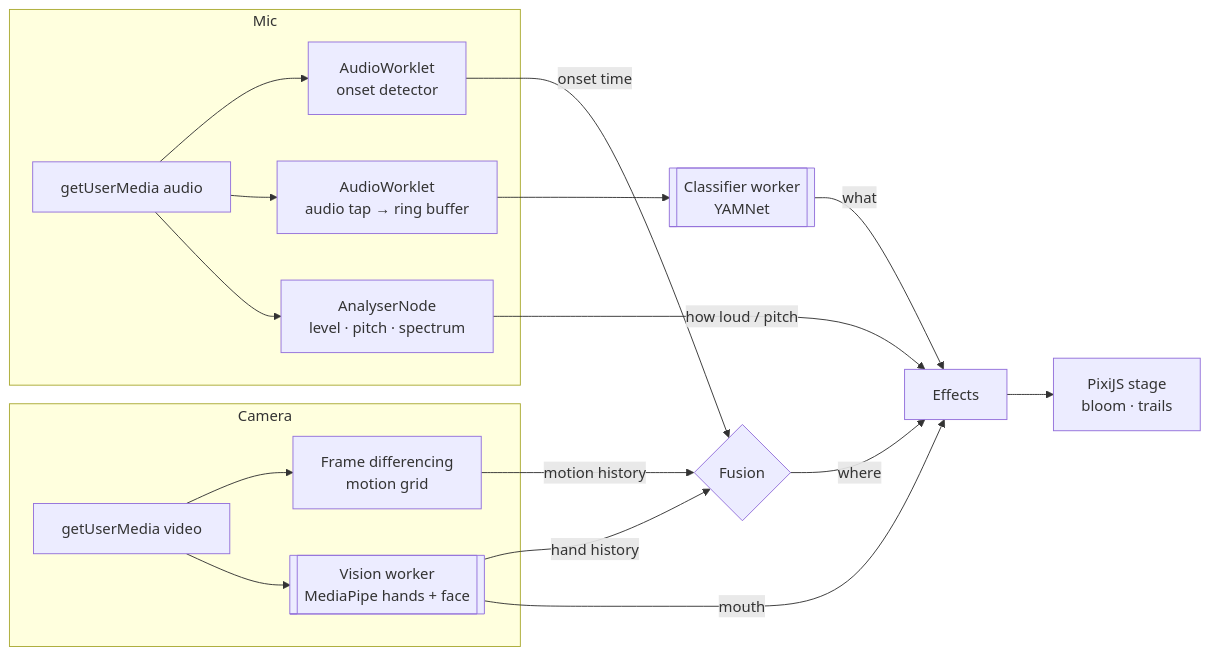
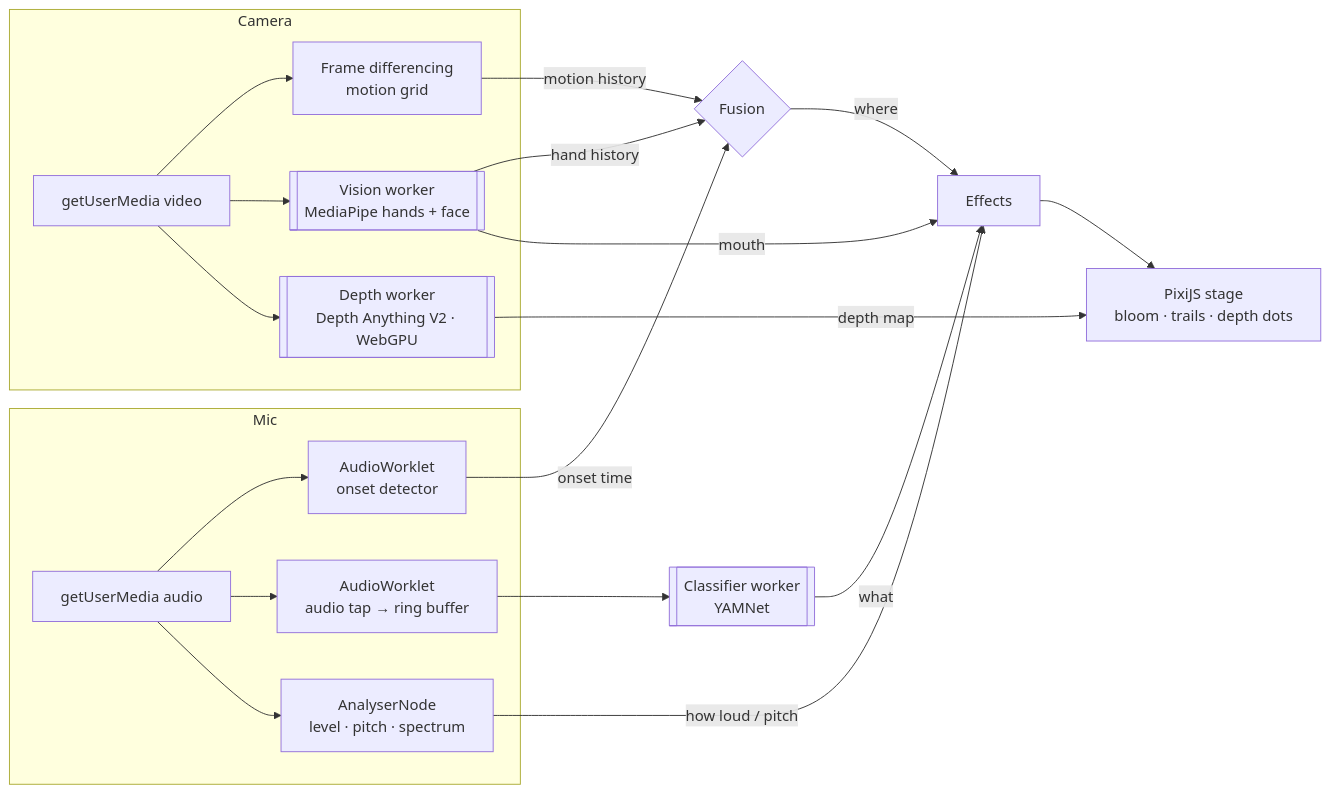
Before and after one commit to ritikkatkam123/sound-sight: the diagram in README.md, drawn with Mermaid. The commit also changed other lines of this file and 24 other files, not shown here.

````diff
--- a/README.md
+++ b/README.md
@@ -41,21 +51,23 @@
 ```mermaid
 flowchart LR
   subgraph Mic
     A[getUserMedia audio] --> W1[AudioWorklet<br/>onset detector]
     A --> W2[AudioWorklet<br/>audio tap → ring buffer]
     A --> AN[AnalyserNode<br/>level · pitch · spectrum]
   end
   subgraph Camera
     V[getUserMedia video] --> M[Frame differencing<br/>motion grid]
     V --> VW[[Vision worker<br/>MediaPipe hands + face]]
+    V --> DW[[Depth worker<br/>Depth Anything V2 · WebGPU]]
   end
   W2 --> CW[[Classifier worker<br/>YAMNet]]
   W1 -- onset time --> F{Fusion}
   VW -- hand history --> F
   M -- motion history --> F
   F -- where --> FX[Effects]
   CW -- what --> FX
   AN -- how loud / pitch --> FX
   VW -- mouth --> FX
-  FX --> P[PixiJS stage<br/>bloom · trails]
+  DW -- depth map --> P
+  FX --> P[PixiJS stage<br/>bloom · trails · depth dots]
 ```
````
